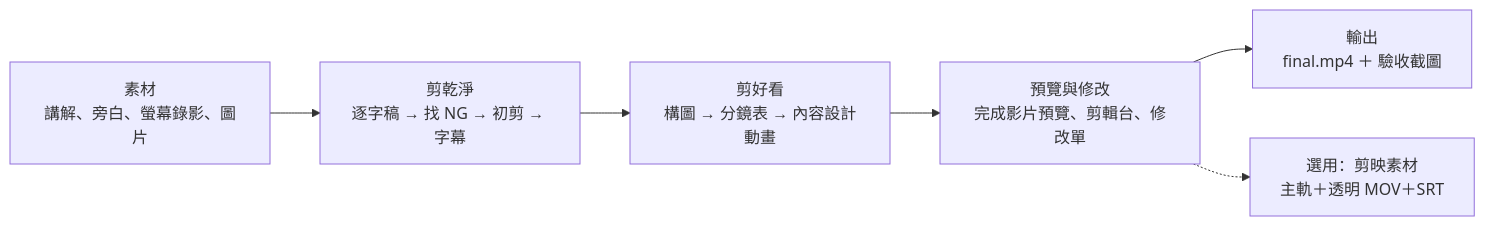
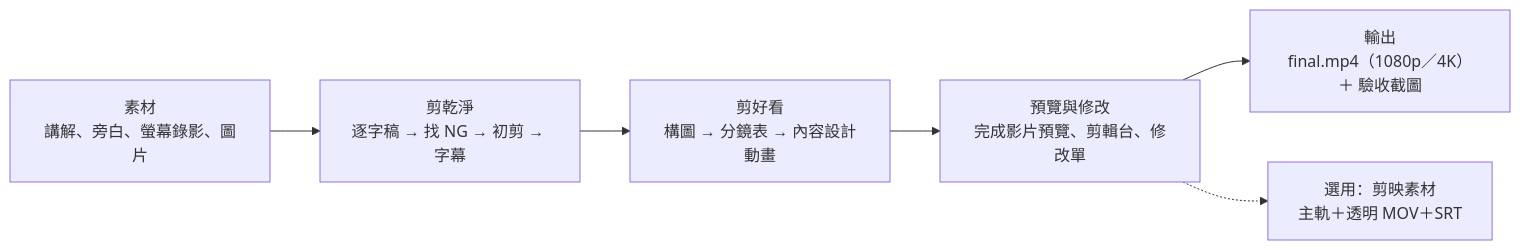
Before and after one commit to dean9703111/auto-edit-workspace: the diagram in README.md, drawn with Mermaid. The commit also changed other lines of this file and 16 other files, not shown here.

````diff
--- a/README.md
+++ b/README.md
@@ -169,8 +169,8 @@
 ```mermaid
 flowchart LR
   A["素材<br>講解、旁白、螢幕錄影、圖片"] --> B["剪乾淨<br>逐字稿 → 找 NG → 初剪 → 字幕"]
   B --> C["剪好看<br>構圖 → 分鏡表 → 內容設計動畫"]
   C --> D["預覽與修改<br>完成影片預覽、剪輯台、修改單"]
-  D --> E["輸出<br>final.mp4 ＋ 驗收截圖"]
+  D --> E["輸出<br>final.mp4（1080p／4K）＋ 驗收截圖"]
   D -.-> F["選用：剪映素材<br>主軌＋透明 MOV＋SRT"]
 ```
````
